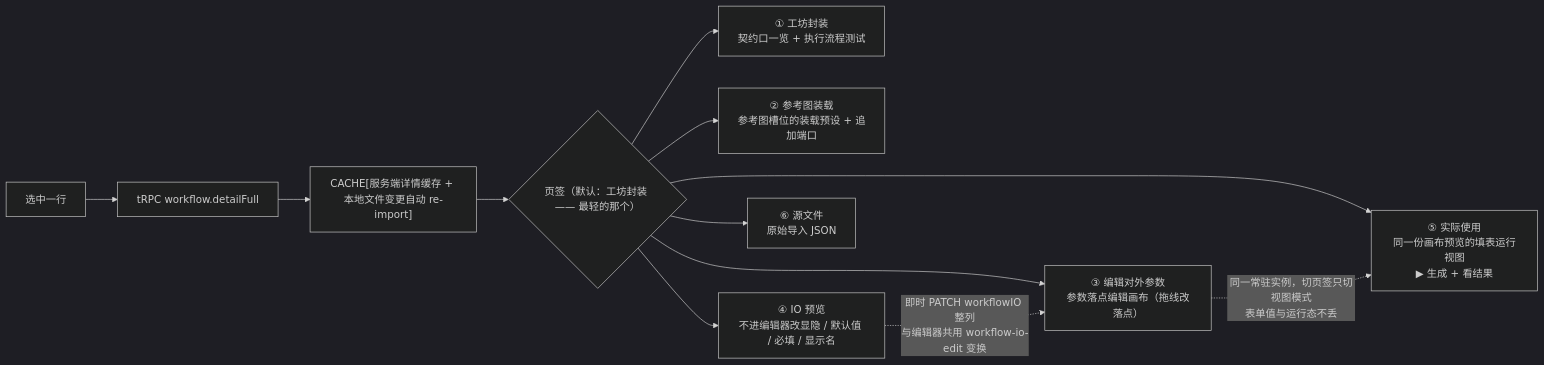
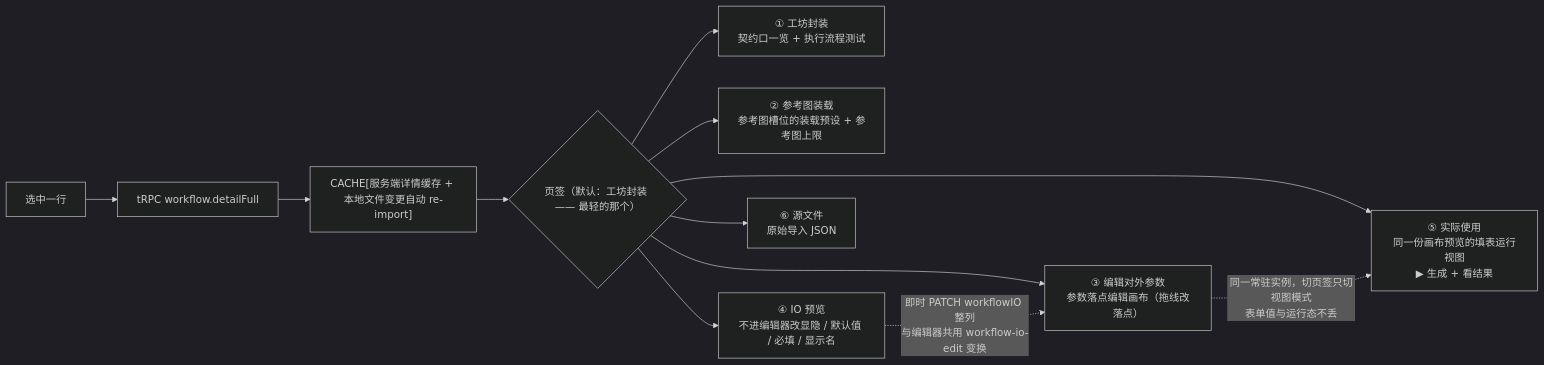
One commit to wuxianyuedu/comfy-app changed the fourth of 10 diagrams in docs/guides/feature-workflow-library-flow.md. Above: the diagram before and after it, drawn with Mermaid (dark theme). The commit also changed other lines of this file and 21 other files, not shown here.

First line of the commit message:
fix(workflow): 参考图挂载支持选多个节点，移除追加喂给端口（#4547）

````diff
--- a/docs/guides/feature-workflow-library-flow.md
+++ b/docs/guides/feature-workflow-library-flow.md
@@ -157,14 +157,14 @@
 ```mermaid
 flowchart LR
   SEL["选中一行"] --> FULL["tRPC workflow.detailFull"]
   FULL --> C1["CACHE[服务端详情缓存 + 本地文件变更自动 re-import]"]
   C1 --> TABS{"页签（默认：工坊封装 —— 最轻的那个）"}
   TABS --> A["① 工坊封装<br/>契约口一览 + 执行流程测试"]
-  TABS --> REF["② 参考图装载<br/>参考图槽位的装载预设 + 追加端口"]
+  TABS --> REF["② 参考图装载<br/>参考图槽位的装载预设 + 参考图上限"]
   TABS --> B["③ 编辑对外参数<br/>参数落点编辑画布（拖线改落点）"]
   TABS --> E["④ IO 预览<br/>不进编辑器改显隐 / 默认值 / 必填 / 显示名"]
   TABS --> C["⑤ 实际使用<br/>同一份画布预览的填表运行视图<br/>▶ 生成 + 看结果"]
   TABS --> D["⑥ 源文件<br/>原始导入 JSON"]
   B -.->|"同一常驻实例，切页签只切视图模式<br/>表单值与运行态不丢"| C
   E -.->|"即时 PATCH workflowIO 整列<br/>与编辑器共用 workflow-io-edit 变换"| B
 ```
````
